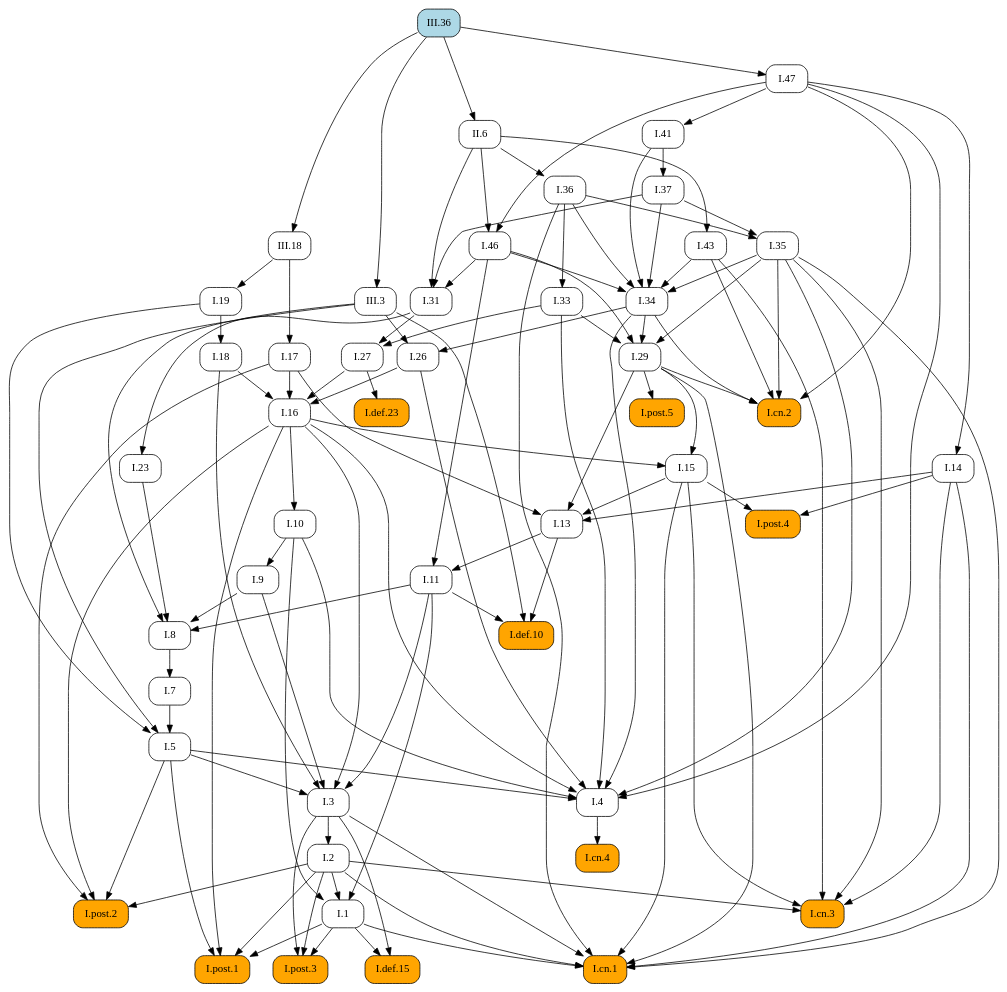
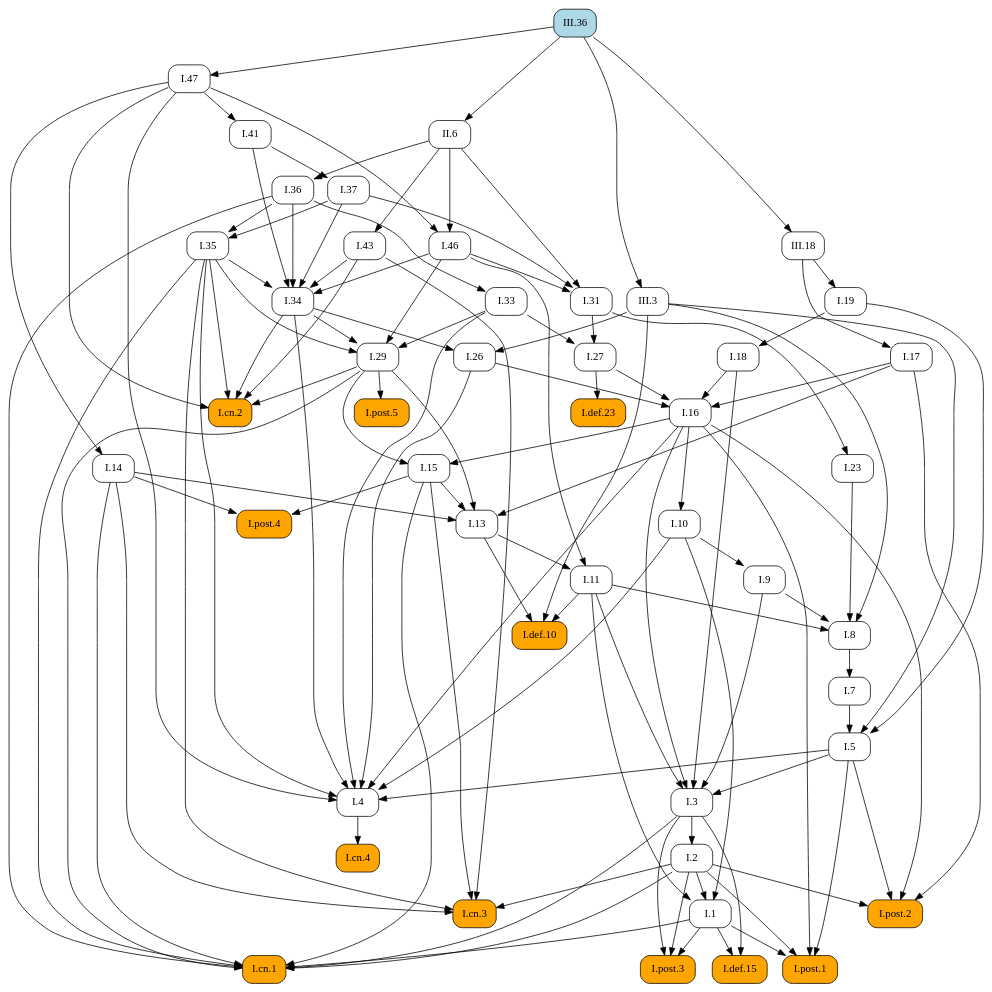
Before and after one commit to geometor/elements: the diagram in docsrc/heath/III/36/index.rst, drawn with Graphviz. The commit also changed other lines of this file and 1029 other files, not shown here.

```diff
--- a/docsrc/heath/III/36/index.rst
+++ b/docsrc/heath/III/36/index.rst
@@ -71,113 +71,123 @@
    digraph {
      rankdir="TB";
      node [shape=box, style=rounded];
+     "I.def.10" [style="rounded,filled", fillcolor=orange, URL="/heath/I/def.10/", target="_top"];
+     "I.11" [URL="/heath/I/11/", target="_top"];
+     "I.post.4" [style="rounded,filled", fillcolor=orange, URL="/heath/I/post.4/", target="_top"];
+     "I.1" [URL="/heath/I/1/", target="_top"];
+     "I.26" [URL="/heath/I/26/", target="_top"];
+     "I.29" [URL="/heath/I/29/", target="_top"];
+     "I.cn.2" [style="rounded,filled", fillcolor=orange, URL="/heath/I/cn.2/", target="_top"];
+     "I.18" [URL="/heath/I/18/", target="_top"];
+     "I.47" [URL="/heath/I/47/", target="_top"];
+     "I.def.15" [style="rounded,filled", fillcolor=orange, URL="/heath/I/def.15/", target="_top"];
+     "I.post.3" [style="rounded,filled", fillcolor=orange, URL="/heath/I/post.3/", target="_top"];
+     "I.cn.1" [style="rounded,filled", fillcolor=orange, URL="/heath/I/cn.1/", target="_top"];
      "I.cn.3" [style="rounded,filled", fillcolor=orange, URL="/heath/I/cn.3/", target="_top"];
-     "I.29" [URL="/heath/I/29/", target="_top"];
-     "I.7" [URL="/heath/I/7/", target="_top"];
+     "I.14" [URL="/heath/I/14/", target="_top"];
+     "III.36" [style="rounded,filled", fillcolor=lightblue, URL="/heath/III/36/", target="_top"];
+     "I.23" [URL="/heath/I/23/", target="_top"];
+     "I.43" [URL="/heath/I/43/", target="_top"];
+     "I.post.1" [style="rounded,filled", fillcolor=orange, URL="/heath/I/post.1/", target="_top"];
+     "I.35" [URL="/heath/I/35/", target="_top"];
+     "I.41" [URL="/heath/I/41/", target="_top"];
+     "I.36" [URL="/heath/I/36/", target="_top"];
+     "I.46" [URL="/heath/I/46/", target="_top"];
      "I.27" [URL="/heath/I/27/", target="_top"];
      "I.37" [URL="/heath/I/37/", target="_top"];
+     "I.34" [URL="/heath/I/34/", target="_top"];
+     "I.3" [URL="/heath/I/3/", target="_top"];
+     "I.7" [URL="/heath/I/7/", target="_top"];
+     "I.2" [URL="/heath/I/2/", target="_top"];
+     "I.4" [URL="/heath/I/4/", target="_top"];
      "I.def.23" [style="rounded,filled", fillcolor=orange, URL="/heath/I/def.23/", target="_top"];
-     "I.34" [URL="/heath/I/34/", target="_top"];
+     "II.6" [URL="/heath/II/6/", target="_top"];
+     "I.13" [URL="/heath/I/13/", target="_top"];
+     "I.17" [URL="/heath/I/17/", target="_top"];
+     "I.33" [URL="/heath/I/33/", target="_top"];
+     "I.31" [URL="/heath/I/31/", target="_top"];
+     "I.post.2" [style="rounded,filled", fillcolor=orange, URL="/heath/I/post.2/", target="_top"];
+     "I.16" [URL="/heath/I/16/", target="_top"];
+     "I.19" [URL="/heath/I/19/", target="_top"];
+     "III.3" [URL="/heath/III/3/", target="_top"];
+     "I.9" [URL="/heath/I/9/", target="_top"];
      "I.8" [URL="/heath/I/8/", target="_top"];
-     "I.9" [URL="/heath/I/9/", target="_top"];
-     "III.3" [URL="/heath/III/3/", target="_top"];
-     "I.post.4" [style="rounded,filled", fillcolor=orange, URL="/heath/I/post.4/", target="_top"];
-     "I.2" [URL="/heath/I/2/", target="_top"];
-     "I.def.15" [style="rounded,filled", fillcolor=orange, URL="/heath/I/def.15/", target="_top"];
-     "I.1" [URL="/heath/I/1/", target="_top"];
-     "III.36" [style="rounded,filled", fillcolor=lightblue, URL="/heath/III/36/", target="_top"];
-     "I.post.1" [style="rounded,filled", fillcolor=orange, URL="/heath/I/post.1/", target="_top"];
+     "I.cn.4" [style="rounded,filled", fillcolor=orange, URL="/heath/I/cn.4/", target="_top"];
+     "I.15" [URL="/heath/I/15/", target="_top"];
+     "I.post.5" [style="rounded,filled", fillcolor=orange, URL="/heath/I/post.5/", target="_top"];
+     "I.10" [URL="/heath/I/10/", target="_top"];
      "III.18" [URL="/heath/III/18/", target="_top"];
-     "I.cn.4" [style="rounded,filled", fillcolor=orange, URL="/heath/I/cn.4/", target="_top"];
-     "I.26" [URL="/heath/I/26/", target="_top"];
-     "I.33" [URL="/heath/I/33/", target="_top"];
-     "I.19" [URL="/heath/I/19/", target="_top"];
-     "I.23" [URL="/heath/I/23/", target="_top"];
-     "I.13" [URL="/heath/I/13/", target="_top"];
-     "I.cn.2" [style="rounded,filled", fillcolor=orange, URL="/heath/I/cn.2/", target="_top"];
      "I.5" [URL="/heath/I/5/", target="_top"];
-     "I.11" [URL="/heath/I/11/", target="_top"];
-     "I.10" [URL="/heath/I/10/", target="_top"];
-     "I.4" [URL="/heath/I/4/", target="_top"];
-     "I.3" [URL="/heath/I/3/", target="_top"];
-     "I.16" [URL="/heath/I/16/", target="_top"];
-     "I.31" [URL="/heath/I/31/", target="_top"];
-     "I.def.10" [style="rounded,filled", fillcolor=orange, URL="/heath/I/def.10/", target="_top"];
-     "I.43" [URL="/heath/I/43/", target="_top"];
-     "I.46" [URL="/heath/I/46/", target="_top"];
-     "I.post.2" [style="rounded,filled", fillcolor=orange, URL="/heath/I/post.2/", target="_top"];
-     "I.post.3" [style="rounded,filled", fillcolor=orange, URL="/heath/I/post.3/", target="_top"];
-     "I.post.5" [style="rounded,filled", fillcolor=orange, URL="/heath/I/post.5/", target="_top"];
-     "I.14" [URL="/heath/I/14/", target="_top"];
-     "I.36" [URL="/heath/I/36/", target="_top"];
-     "II.6" [URL="/heath/II/6/", target="_top"];
-     "I.35" [URL="/heath/I/35/", target="_top"];
-     "I.47" [URL="/heath/I/47/", target="_top"];
-     "I.15" [URL="/heath/I/15/", target="_top"];
-     "I.17" [URL="/heath/I/17/", target="_top"];
-     "I.cn.1" [style="rounded,filled", fillcolor=orange, URL="/heath/I/cn.1/", target="_top"];
-     "I.18" [URL="/heath/I/18/", target="_top"];
-     "I.41" [URL="/heath/I/41/", target="_top"];
+     "I.11" -> "I.def.10";
+     "I.13" -> "I.def.10";
+     "III.3" -> "I.def.10";
+     "I.13" -> "I.11";
+     "I.46" -> "I.11";
+     "I.14" -> "I.post.4";
+     "I.15" -> "I.post.4";
+     "I.2" -> "I.1";
+     "I.10" -> "I.1";
+     "I.11" -> "I.1";
+     "I.34" -> "I.26";
+     "III.3" -> "I.26";
+     "I.33" -> "I.29";
+     "I.34" -> "I.29";
+     "I.35" -> "I.29";
+     "I.46" -> "I.29";
+     "I.29" -> "I.cn.2";
+     "I.34" -> "I.cn.2";
+     "I.35" -> "I.cn.2";
+     "I.43" -> "I.cn.2";
+     "I.47" -> "I.cn.2";
+     "I.19" -> "I.18";
+     "III.36" -> "I.47";
+     "I.1" -> "I.def.15";
+     "I.3" -> "I.def.15";
+     "I.1" -> "I.post.3";
+     "I.2" -> "I.post.3";
+     "I.3" -> "I.post.3";
+     "I.1" -> "I.cn.1";
+     "I.2" -> "I.cn.1";
+     "I.3" -> "I.cn.1";
+     "I.14" -> "I.cn.1";
+     "I.15" -> "I.cn.1";
+     "I.29" -> "I.cn.1";
+     "I.35" -> "I.cn.1";
+     "I.36" -> "I.cn.1";
      "I.2" -> "I.cn.3";
      "I.14" -> "I.cn.3";
      "I.15" -> "I.cn.3";
      "I.35" -> "I.cn.3";
      "I.43" -> "I.cn.3";
-     "I.33" -> "I.29";
-     "I.34" -> "I.29";
-     "I.35" -> "I.29";
-     "I.46" -> "I.29";
-     "I.8" -> "I.7";
+     "I.47" -> "I.14";
+     "I.31" -> "I.23";
+     "II.6" -> "I.43";
+     "I.1" -> "I.post.1";
+     "I.2" -> "I.post.1";
+     "I.5" -> "I.post.1";
+     "I.16" -> "I.post.1";
+     "I.36" -> "I.35";
+     "I.37" -> "I.35";
+     "I.47" -> "I.41";
+     "II.6" -> "I.36";
+     "I.47" -> "I.46";
+     "II.6" -> "I.46";
      "I.31" -> "I.27";
      "I.33" -> "I.27";
      "I.41" -> "I.37";
-     "I.27" -> "I.def.23";
      "I.35" -> "I.34";
      "I.36" -> "I.34";
      "I.37" -> "I.34";
      "I.41" -> "I.34";
      "I.43" -> "I.34";
      "I.46" -> "I.34";
-     "I.9" -> "I.8";
-     "I.11" -> "I.8";
-     "I.23" -> "I.8";
-     "III.3" -> "I.8";
-     "I.10" -> "I.9";
-     "III.36" -> "III.3";
-     "I.14" -> "I.post.4";
-     "I.15" -> "I.post.4";
+     "I.5" -> "I.3";
+     "I.9" -> "I.3";
+     "I.11" -> "I.3";
+     "I.16" -> "I.3";
+     "I.18" -> "I.3";
+     "I.8" -> "I.7";
      "I.3" -> "I.2";
-     "I.1" -> "I.def.15";
-     "I.3" -> "I.def.15";
-     "I.2" -> "I.1";
-     "I.10" -> "I.1";
-     "I.11" -> "I.1";
-     "I.1" -> "I.post.1";
-     "I.2" -> "I.post.1";
-     "I.5" -> "I.post.1";
-     "I.16" -> "I.post.1";
-     "III.36" -> "III.18";
-     "I.4" -> "I.cn.4";
-     "I.34" -> "I.26";
-     "III.3" -> "I.26";
-     "I.36" -> "I.33";
-     "III.18" -> "I.19";
-     "I.31" -> "I.23";
-     "I.14" -> "I.13";
-     "I.15" -> "I.13";
-     "I.17" -> "I.13";
-     "I.29" -> "I.13";
-     "I.29" -> "I.cn.2";
-     "I.34" -> "I.cn.2";
-     "I.35" -> "I.cn.2";
-     "I.43" -> "I.cn.2";
-     "I.47" -> "I.cn.2";
-     "I.7" -> "I.5";
-     "I.19" -> "I.5";
-     "III.3" -> "I.5";
-     "I.13" -> "I.11";
-     "I.46" -> "I.11";
-     "I.16" -> "I.10";
      "I.5" -> "I.4";
      "I.10" -> "I.4";
      "I.16" -> "I.4";
@@ -186,49 +196,39 @@
      "I.34" -> "I.4";
      "I.35" -> "I.4";
      "I.47" -> "I.4";
-     "I.5" -> "I.3";
-     "I.9" -> "I.3";
-     "I.11" -> "I.3";
-     "I.16" -> "I.3";
-     "I.18" -> "I.3";
+     "I.27" -> "I.def.23";
+     "III.36" -> "II.6";
+     "I.14" -> "I.13";
+     "I.15" -> "I.13";
+     "I.17" -> "I.13";
+     "I.29" -> "I.13";
+     "III.18" -> "I.17";
+     "I.36" -> "I.33";
+     "I.37" -> "I.31";
+     "I.46" -> "I.31";
+     "II.6" -> "I.31";
+     "I.2" -> "I.post.2";
+     "I.5" -> "I.post.2";
+     "I.16" -> "I.post.2";
+     "I.17" -> "I.post.2";
      "I.17" -> "I.16";
      "I.18" -> "I.16";
      "I.26" -> "I.16";
      "I.27" -> "I.16";
-     "I.37" -> "I.31";
-     "I.46" -> "I.31";
-     "II.6" -> "I.31";
-     "I.11" -> "I.def.10";
-     "I.13" -> "I.def.10";
-     "III.3" -> "I.def.10";
-     "II.6" -> "I.43";
-     "I.47" -> "I.46";
-     "II.6" -> "I.46";
-     "I.2" -> "I.post.2";
-     "I.5" -> "I.post.2";
-     "I.16" -> "I.post.2";
-     "I.17" -> "I.post.2";
-     "I.1" -> "I.post.3";
-     "I.2" -> "I.post.3";
-     "I.3" -> "I.post.3";
-     "I.29" -> "I.post.5";
-     "I.47" -> "I.14";
-     "II.6" -> "I.36";
-     "III.36" -> "II.6";
-     "I.36" -> "I.35";
-     "I.37" -> "I.35";
-     "III.36" -> "I.47";
+     "III.18" -> "I.19";
+     "III.36" -> "III.3";
+     "I.10" -> "I.9";
+     "I.9" -> "I.8";
+     "I.11" -> "I.8";
+     "I.23" -> "I.8";
+     "III.3" -> "I.8";
+     "I.4" -> "I.cn.4";
      "I.16" -> "I.15";
      "I.29" -> "I.15";
-     "III.18" -> "I.17";
-     "I.1" -> "I.cn.1";
-     "I.2" -> "I.cn.1";
-     "I.3" -> "I.cn.1";
-     "I.14" -> "I.cn.1";
-     "I.15" -> "I.cn.1";
-     "I.29" -> "I.cn.1";
-     "I.35" -> "I.cn.1";
-     "I.36" -> "I.cn.1";
-     "I.19" -> "I.18";
-     "I.47" -> "I.41";
+     "I.29" -> "I.post.5";
+     "I.16" -> "I.10";
+     "III.36" -> "III.18";
+     "I.7" -> "I.5";
+     "I.19" -> "I.5";
+     "III.3" -> "I.5";
    }
```
